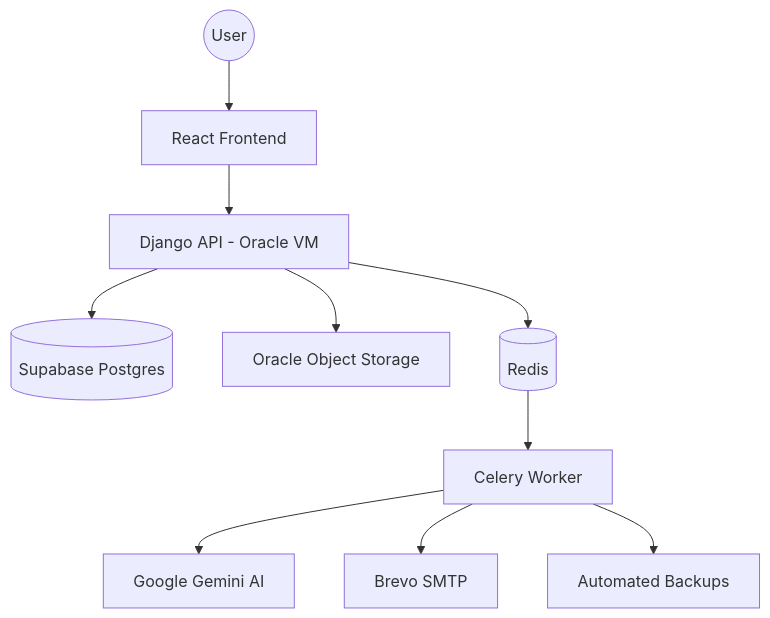
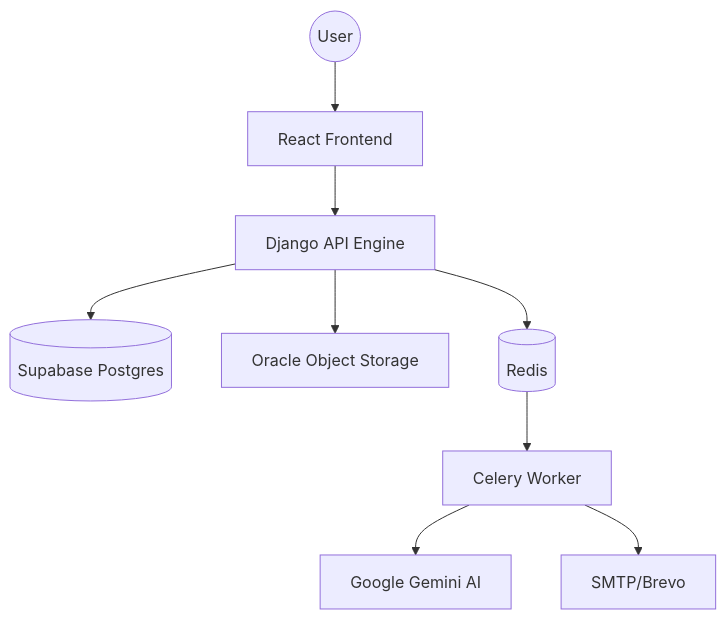
Before and after one commit to Teleiosite/EMS---Employee-Management-System: the diagram in README.md, drawn with Mermaid. The commit also changed other lines of this file and 23 other files, not shown here.

````diff
--- a/README.md
+++ b/README.md
@@ -59,12 +31,11 @@
 ```mermaid
 graph TD
     User((User)) --> FE[React Frontend]
-    FE --> Django[Django API - Oracle VM]
+    FE --> Django[Django API Engine]
     Django --> Supabase[(Supabase Postgres)]
     Django --> OCI[Oracle Object Storage]
     Django --> Redis[(Redis)]
     Redis --> Celery[Celery Worker]
     Celery --> Gemini[Google Gemini AI]
-    Celery --> EMAIL[Brevo SMTP]
-    Celery --> OCI_BACKUP[Automated Backups]
+    Celery --> EMAIL[SMTP/Brevo]
 ```
````
